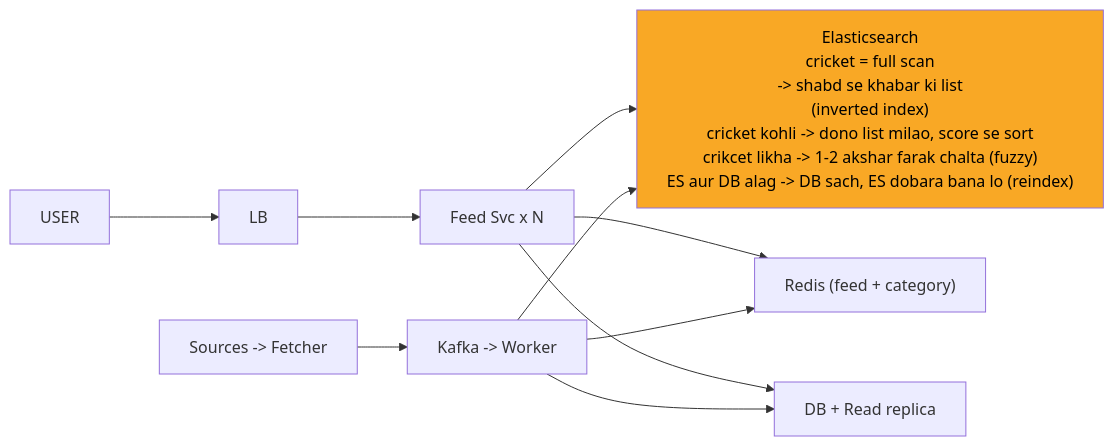
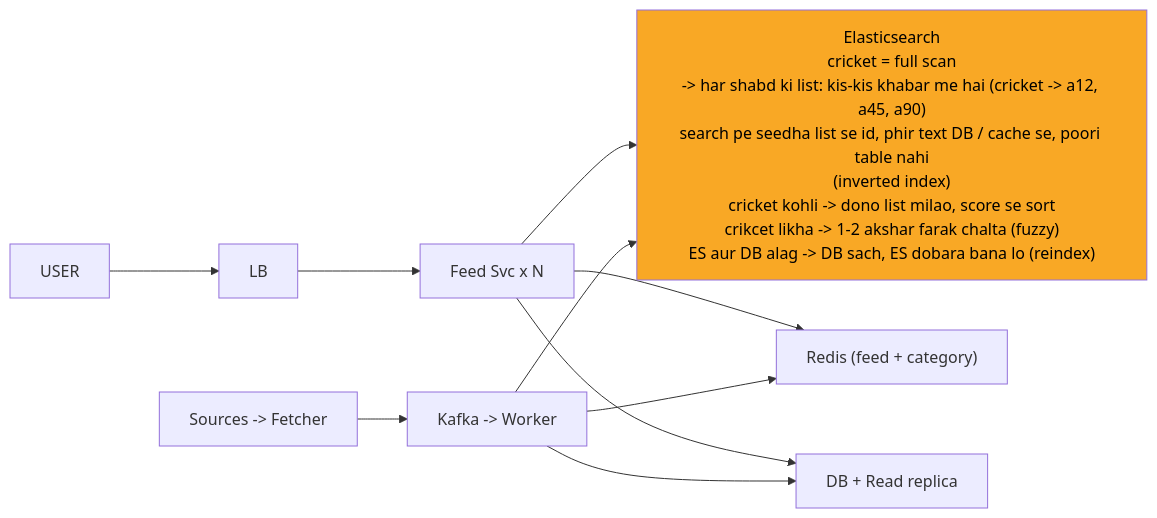
One commit to ArpanMaheshwari144/Prep changed the eighth of 11 diagrams in 04_HLD/SYSTEM_DESIGNS/08_news_aggregator/08_news_aggregator_INTERVIEW.md. Above: the diagram before and after it, drawn with Mermaid. The commit also changed other lines of this file and 13 other files, not shown here.

````diff
--- a/04_HLD/SYSTEM_DESIGNS/08_news_aggregator/08_news_aggregator_INTERVIEW.md
+++ b/04_HLD/SYSTEM_DESIGNS/08_news_aggregator/08_news_aggregator_INTERVIEW.md
@@ -309,22 +309,22 @@
 ```mermaid
 %%{init: {"flowchart": {"wrappingWidth": 450}}}%%
 flowchart LR
     n_USER["USER"]
     n_LB["LB"]
     n_Feed_Svc_xN["Feed Svc x N"]
-    n_Elasticsearch["Elasticsearch<br/>cricket = full scan<br/>-> shabd se khabar ki list<br/>(inverted index)<br/>cricket kohli -> dono list milao, score se sort<br/>crikcet likha -> 1-2 akshar farak chalta (fuzzy)<br/>ES aur DB alag -> DB sach, ES dobara bana lo (reindex)"]
+    n_Elasticsearch["Elasticsearch<br/>cricket = full scan<br/>-> har shabd ki list: kis-kis khabar me hai (cricket -> a12, a45, a90)<br/>search pe seedha list se id, phir text DB / cache se, poori table nahi<br/>(inverted index)<br/>cricket kohli -> dono list milao, score se sort<br/>crikcet likha -> 1-2 akshar farak chalta (fuzzy)<br/>ES aur DB alag -> DB sach, ES dobara bana lo (reindex)"]
     n_Redis["Redis (feed + category)"]
     n_DBR["DB + Read replica"]
     n_KW["Kafka -> Worker"]
     n_SF["Sources -> Fetcher"]
     n_USER --> n_LB
     n_LB --> n_Feed_Svc_xN
     n_Feed_Svc_xN --> n_Elasticsearch
     n_Feed_Svc_xN --> n_Redis
     n_Feed_Svc_xN --> n_DBR
     n_KW --> n_DBR
     n_KW --> n_Redis
     n_KW --> n_Elasticsearch
     n_SF --> n_KW
     style n_Elasticsearch fill:#f9a825,color:#000
 ```
````
